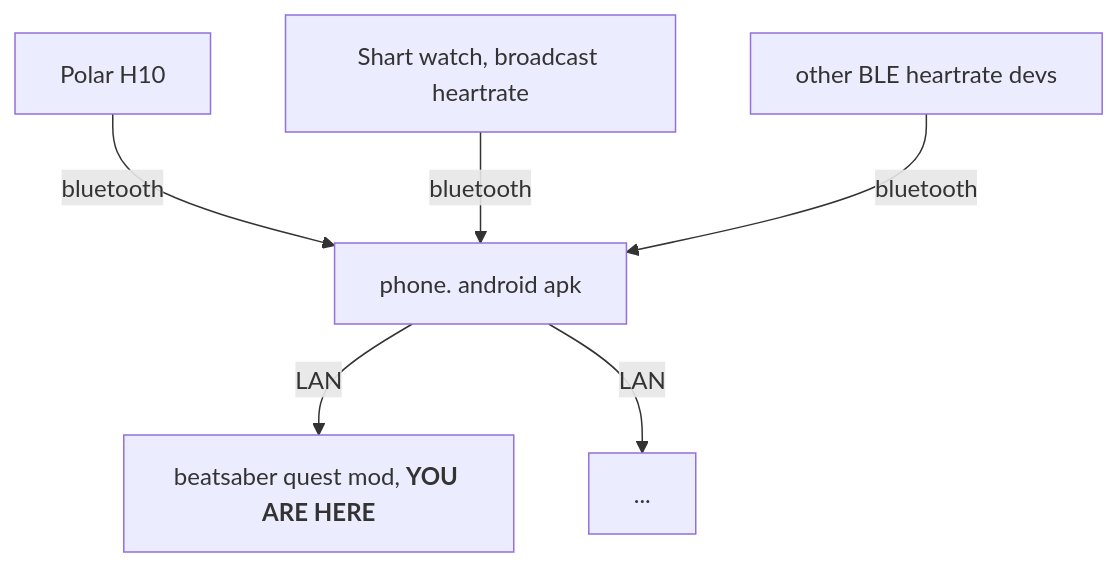
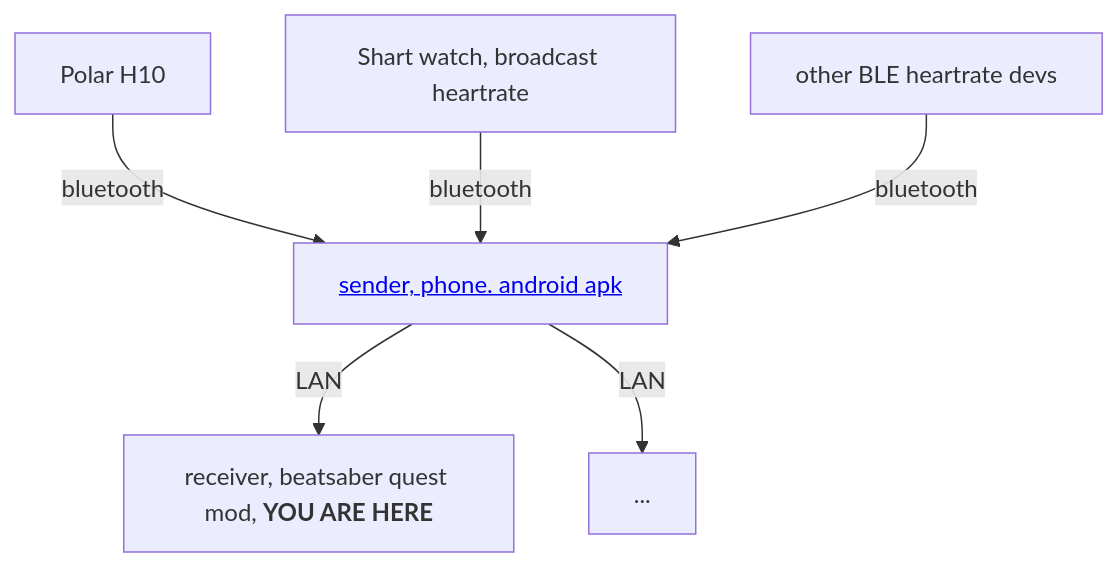
The diagram in README.md (frto027/HeartBeatLanClientBSQuest), drawn with Mermaid before and after one commit. The commit also changed other lines of this file and 1 other file, not shown here.

````diff
--- a/README.md
+++ b/README.md
@@ -12,14 +12,14 @@
 ```mermaid
 graph TD;
     POLAR_H10[Polar H10]
     SMART_WATCH[Shart watch, broadcast heartrate]
     BLE_DEV[other BLE heartrate devs]
-    PHONE[phone. android apk]
-    BEATSABER[beatsaber quest mod, <b>YOU ARE HERE</b>]
+    PHONE[<a href="https://github.com/frto027/HeartbeatLanServer">sender, phone. android apk</a>]
+    BEATSABER[receiver, beatsaber quest mod, <b>YOU ARE HERE</b>]
 
     POLAR_H10--bluetooth-->PHONE;
     SMART_WATCH--bluetooth-->PHONE;
     BLE_DEV--bluetooth-->PHONE;
     PHONE--LAN-->BEATSABER;
     PHONE--LAN-->...;
 ```
````
